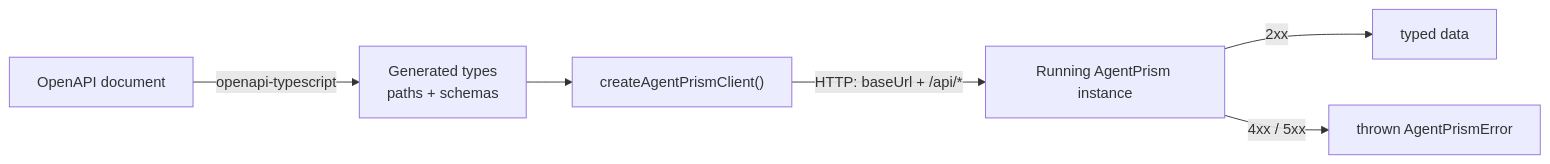
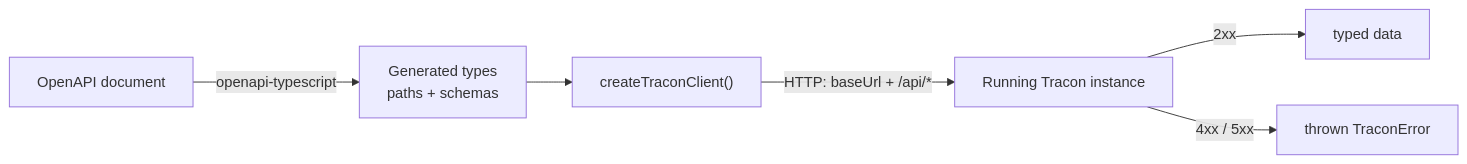
The diagram in docs-site/src/content/docs/guides/typescript-client.md (farukatasoy/Tracon), drawn with Mermaid before and after one commit. The commit also changed other lines of this file and 4535 other files, not shown here.

````diff
--- a/docs-site/src/content/docs/guides/typescript-client.md
+++ b/docs-site/src/content/docs/guides/typescript-client.md
@@ -11,10 +11,10 @@
 ```mermaid
 flowchart LR
     accTitle: How the TypeScript client is generated and used
-    accDescr: The published OpenAPI document generates typed schema types, createAgentPrismClient wraps them with request signing and error handling, and a call to a running instance either resolves with typed data or throws AgentPrismError.
+    accDescr: The published OpenAPI document generates typed schema types, createTraconClient wraps them with request signing and error handling, and a call to a running instance either resolves with typed data or throws TraconError.
     DOC["OpenAPI document"] -->|"openapi-typescript"| SCHEMA["Generated types<br/>paths + schemas"]
-    SCHEMA --> CLIENT["createAgentPrismClient()"]
-    CLIENT -->|"HTTP: baseUrl + /api/*"| SERVER["Running AgentPrism instance"]
+    SCHEMA --> CLIENT["createTraconClient()"]
+    CLIENT -->|"HTTP: baseUrl + /api/*"| SERVER["Running Tracon instance"]
     SERVER -->|"2xx"| DATA["typed data"]
-    SERVER -->|"4xx / 5xx"| ERROR["thrown AgentPrismError"]
+    SERVER -->|"4xx / 5xx"| ERROR["thrown TraconError"]
 ```
````
